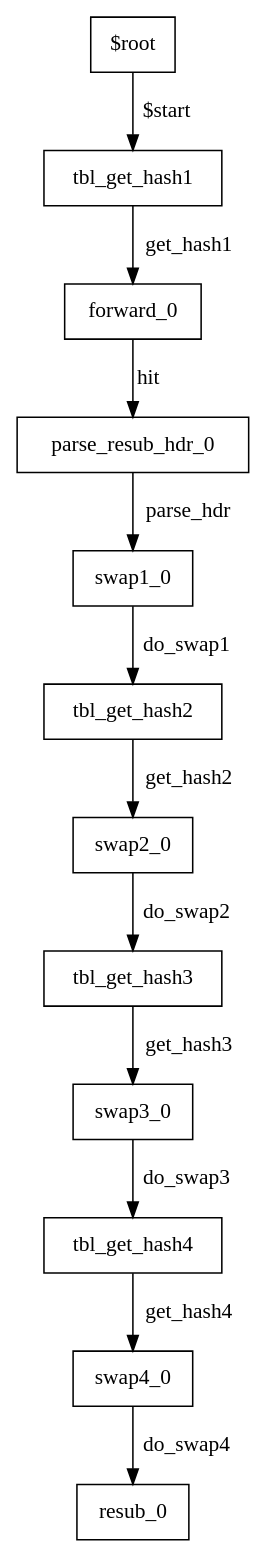
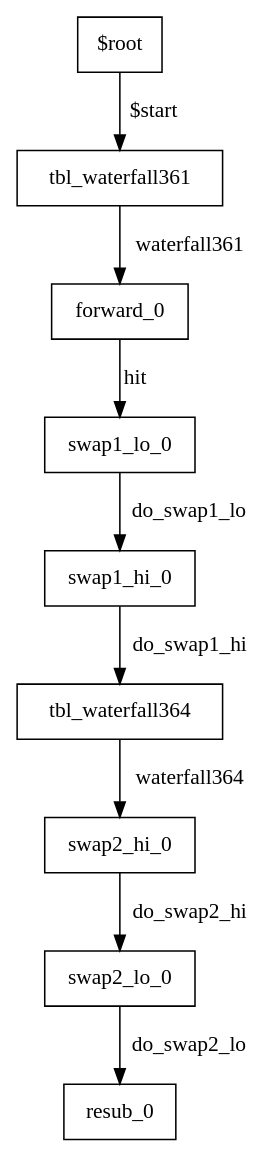
One commit to joepboumans/waterfall-table changed the diagram in waterfall-fcm-srctuple/waterfall_fcm/tofino/pipe/graphs/ingress.power.dot. Above: the diagram before and after it, drawn with Graphviz. The commit also changed 42 other files, not shown here.

```diff
--- a/waterfall-fcm-srctuple/waterfall_fcm/tofino/pipe/graphs/ingress.power.dot
+++ b/waterfall-fcm-srctuple/waterfall_fcm/tofino/pipe/graphs/ingress.power.dot
@@ -1,25 +1,19 @@
 digraph ingress {
 0 [label="$root" shape=box color="black"];
 2 [label="forward_0" shape=box color="black"];
-3 [label="parse_resub_hdr_0" shape=box color="black"];
-11 [label="resub_0" shape=box color="black"];
-4 [label="swap1_0" shape=box color="black"];
-6 [label="swap2_0" shape=box color="black"];
-8 [label="swap3_0" shape=box color="black"];
-10 [label="swap4_0" shape=box color="black"];
-1 [label="tbl_get_hash1" shape=box color="black"];
-5 [label="tbl_get_hash2" shape=box color="black"];
-7 [label="tbl_get_hash3" shape=box color="black"];
-9 [label="tbl_get_hash4" shape=box color="black"];
+8 [label="resub_0" shape=box color="black"];
+4 [label="swap1_hi_0" shape=box color="black"];
+3 [label="swap1_lo_0" shape=box color="black"];
+6 [label="swap2_hi_0" shape=box color="black"];
+7 [label="swap2_lo_0" shape=box color="black"];
+1 [label="tbl_waterfall361" shape=box color="black"];
+5 [label="tbl_waterfall364" shape=box color="black"];
 0-> 1 [label="$start" color="black"];
 2-> 3 [label="hit" color="black"];
-3-> 4 [label="parse_hdr" color="black"];
-4-> 5 [label="do_swap1" color="black"];
-6-> 7 [label="do_swap2" color="black"];
-8-> 9 [label="do_swap3" color="black"];
-10-> 11 [label="do_swap4" color="black"];
-1-> 2 [label="get_hash1" color="black"];
-5-> 6 [label="get_hash2" color="black"];
-7-> 8 [label="get_hash3" color="black"];
-9-> 10 [label="get_hash4" color="black"];
+4-> 5 [label="do_swap1_hi" color="black"];
+3-> 4 [label="do_swap1_lo" color="black"];
+6-> 7 [label="do_swap2_hi" color="black"];
+7-> 8 [label="do_swap2_lo" color="black"];
+1-> 2 [label="waterfall361" color="black"];
+5-> 6 [label="waterfall364" color="black"];
 }
```
